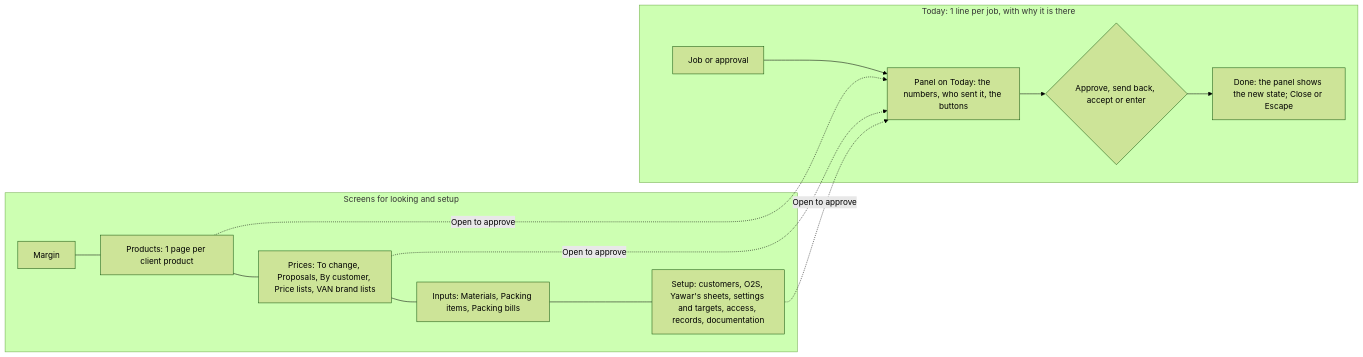
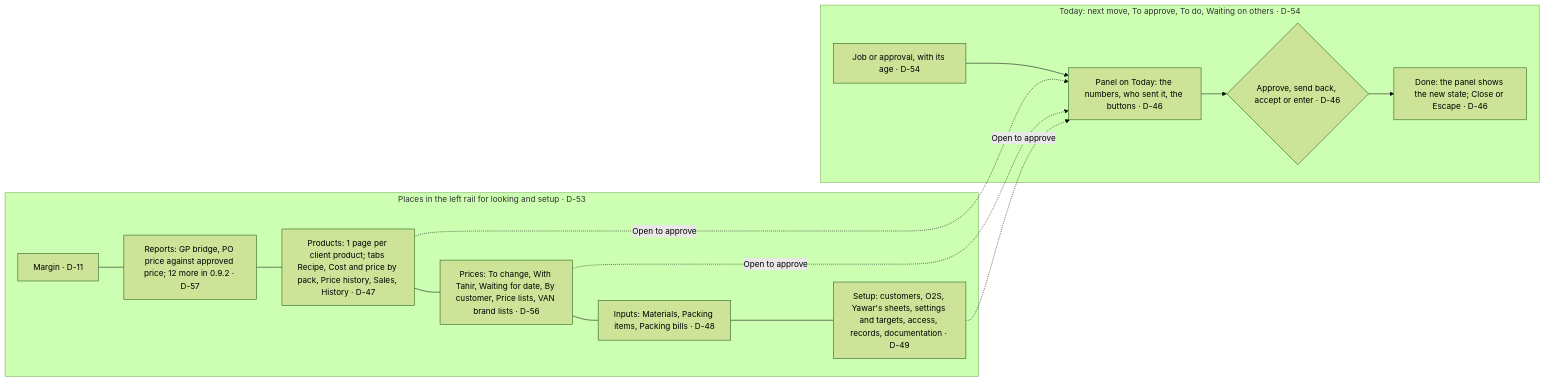
One commit to taabbas1947-eng/VAN-OP changed diagram 15 of 17 in apps/c2m/docs/01-process-flows.md. Above: the diagram before and after it, drawn with Mermaid (forest theme). The commit also changed other lines of this file and 18 other files, not shown here.

````diff
--- a/apps/c2m/docs/01-process-flows.md
+++ b/apps/c2m/docs/01-process-flows.md
@@ -263,17 +337,18 @@
 ```mermaid
 flowchart LR
-  subgraph T [Today: 1 line per job, with why it is there]
-    J[Job or approval] --> P[Panel on Today: the numbers, who sent it, the buttons]
-    P --> A{Approve, send back, accept or enter}
-    A --> D[Done: the panel shows the new state; Close or Escape]
+  subgraph T [Today: next move, To approve, To do, Waiting on others · D-54]
+    J[Job or approval, with its age · D-54] --> P[Panel on Today: the numbers, who sent it, the buttons · D-46]
+    P --> A{Approve, send back, accept or enter · D-46}
+    A --> D[Done: the panel shows the new state; Close or Escape · D-46]
   end
-  subgraph S [Screens for looking and setup]
-    M[Margin] --- PR[Products: 1 page per client product]
-    PR --- PC[Prices: To change, Proposals, By customer, Price lists, VAN brand lists]
-    PC --- IN[Inputs: Materials, Packing items, Packing bills]
-    IN --- SE[Setup: customers, O2S, Yawar's sheets, settings and targets, access, records, documentation]
+  subgraph S [Places in the left rail for looking and setup · D-53]
+    M[Margin · D-11] --- RP[Reports: GP bridge, PO price against approved price; 12 more in 0.9.2 · D-57]
+    RP --- PR[Products: 1 page per client product; tabs Recipe, Cost and price by pack, Price history, Sales, History · D-47]
+    PR --- PC[Prices: To change, With Tahir, Waiting for date, By customer, Price lists, VAN brand lists · D-56]
+    PC --- IN[Inputs: Materials, Packing items, Packing bills · D-48]
+    IN --- SE[Setup: customers, O2S, Yawar's sheets, settings and targets, access, records, documentation · D-49]
   end
   PR -. Open to approve .-> P
   PC -. Open to approve .-> P
   SE -. Open to approve .-> P
 ```
````
